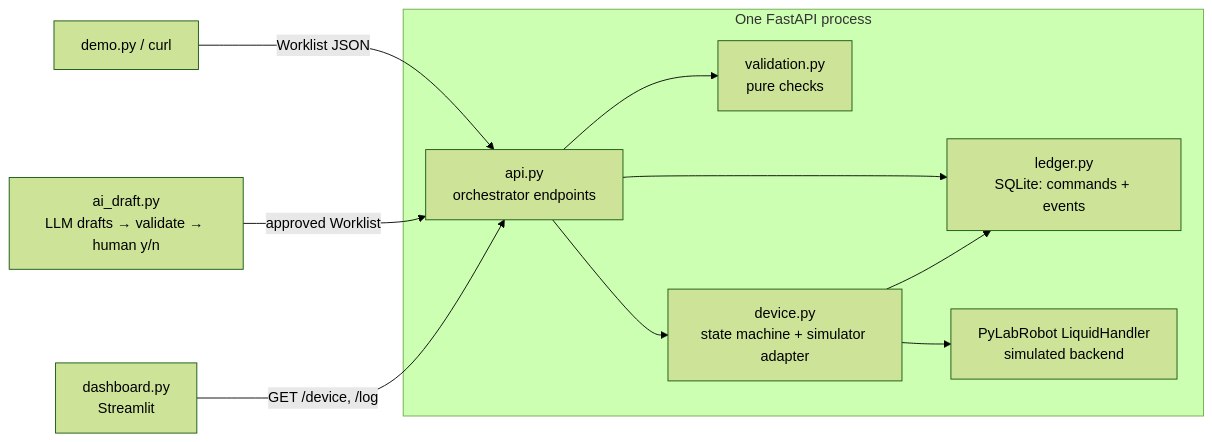
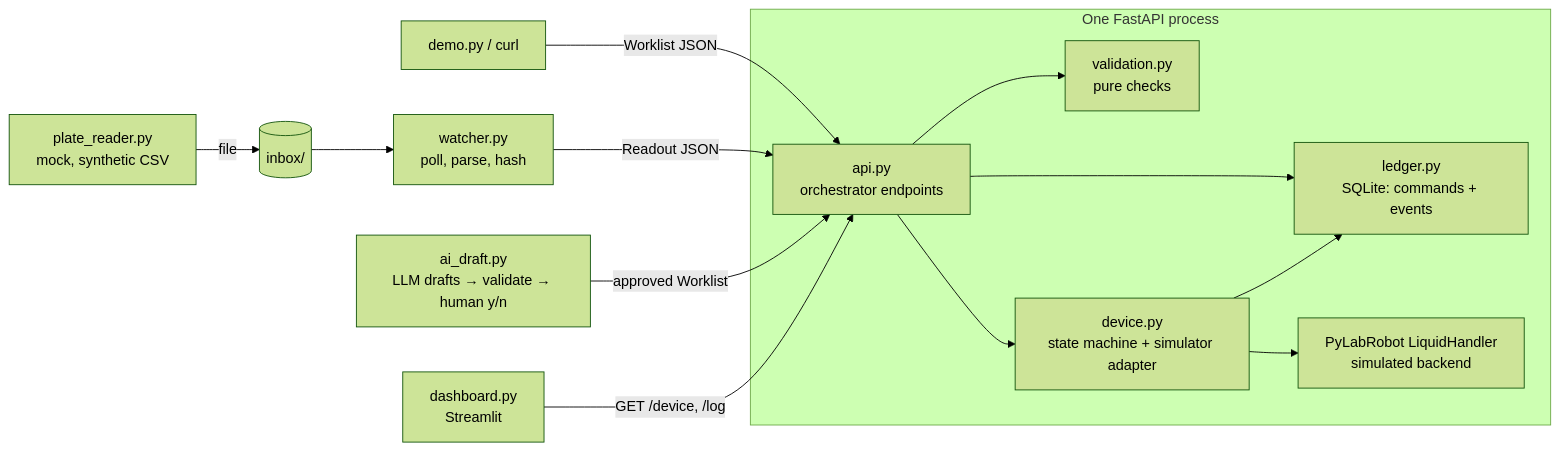
Before and after one commit to stevin-wilson/lab-automation-demo: the first of 2 diagrams in docs/specs/2026-09-30-simulated-lab-integration.md, drawn with Mermaid (forest theme). The commit also changed other lines of this file and 15 other files, not shown here.

First line of the commit message:
Plate reader, inbox watcher and per-well lineage (R1-R3)

````diff
--- a/docs/specs/2026-09-30-simulated-lab-integration.md
+++ b/docs/specs/2026-09-30-simulated-lab-integration.md
@@ -61,13 +65,15 @@
 ```mermaid
 flowchart LR
     client[demo.py / curl] -->|Worklist JSON| api
+    reader[plate_reader.py<br/>mock, synthetic CSV] -->|file| inbox[(inbox/)]
+    inbox --> watcher[watcher.py<br/>poll, parse, hash] -->|Readout JSON| api
     ai[ai_draft.py<br/>LLM drafts → validate → human y/n] -->|approved Worklist| api
     subgraph proc[One FastAPI process]
         api[api.py<br/>orchestrator endpoints] --> val[validation.py<br/>pure checks]
         api --> ledger[ledger.py<br/>SQLite: commands + events]
         api --> dev[device.py<br/>state machine + simulator adapter]
         dev --> plr[PyLabRobot LiquidHandler<br/>simulated backend]
         dev --> ledger
     end
     dash[dashboard.py<br/>Streamlit] -->|GET /device, /log| api
 ```
````
